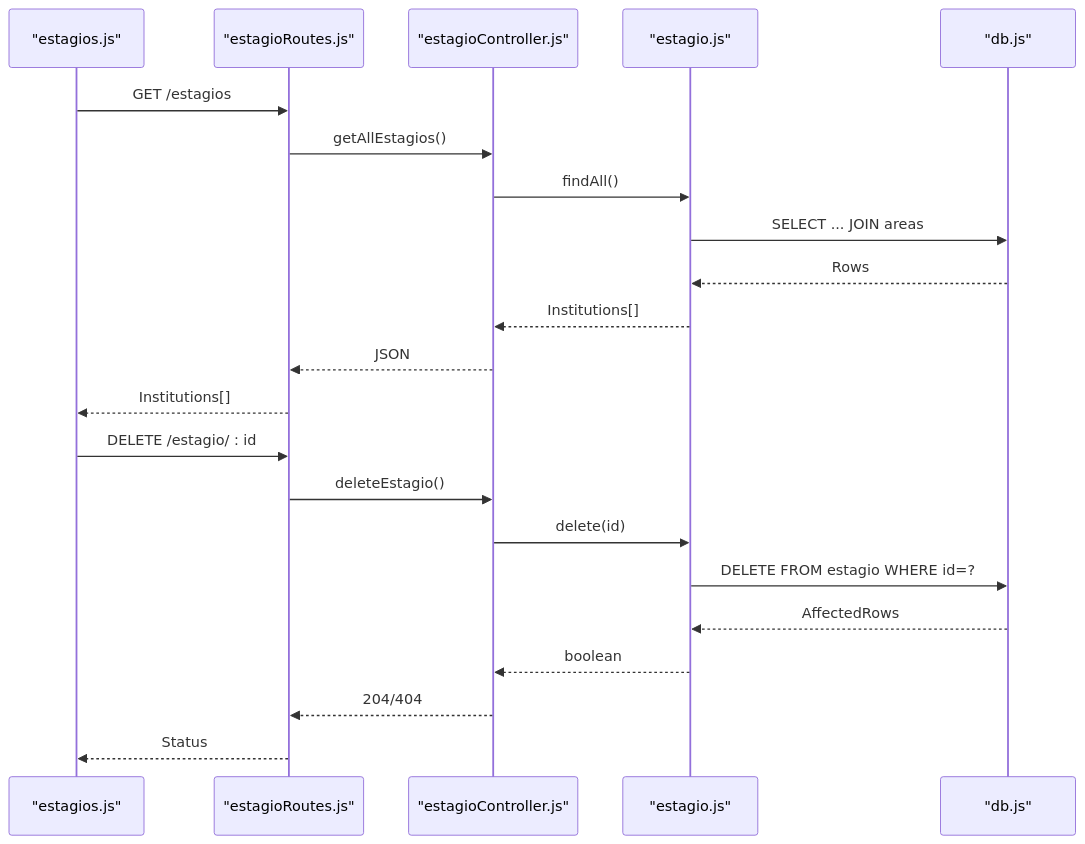
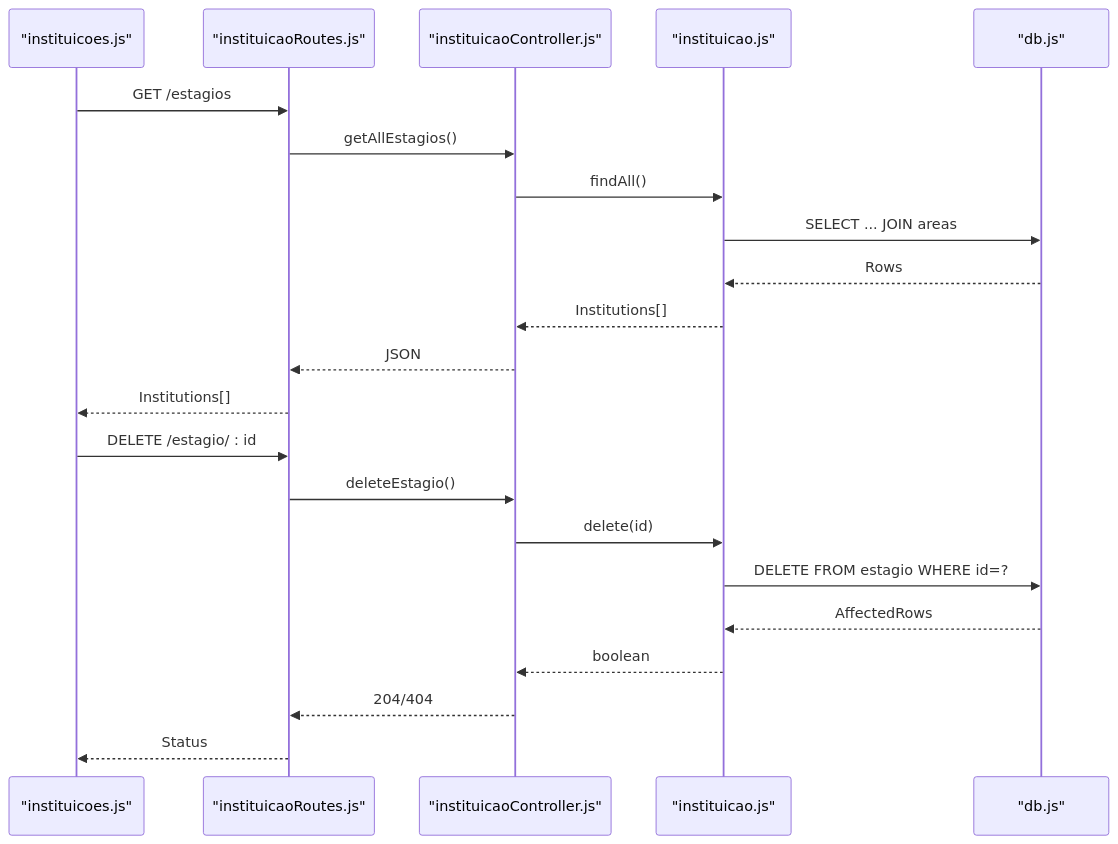
The third of 8 diagrams in .qoder/repowiki/en/content/Core Features Implementation/Internship Management.md (luiseduacosta/nodemural), drawn with Mermaid before and after one commit. The commit also changed other lines of this file and 25 other files, not shown here.

````diff
--- a/.qoder/repowiki/en/content/Core Features Implementation/Internship Management.md
+++ b/.qoder/repowiki/en/content/Core Features Implementation/Internship Management.md
@@ -191,24 +191,24 @@
 ```mermaid
 sequenceDiagram
-participant FE_List as "estagios.js"
-participant Router as "estagioRoutes.js"
-participant Ctrl as "estagioController.js"
-participant Model as "estagio.js"
+participant FE_List as "instituicoes.js"
+participant Router as "instituicaoRoutes.js"
+participant Ctrl as "instituicaoController.js"
+participant Model as "instituicao.js"
 participant DB as "db.js"
 FE_List->>Router : GET /estagios
 Router->>Ctrl : getAllEstagios()
 Ctrl->>Model : findAll()
 Model->>DB : SELECT ... JOIN areas
 DB-->>Model : Rows
 Model-->>Ctrl : Institutions[]
 Ctrl-->>Router : JSON
 Router-->>FE_List : Institutions[]
 FE_List->>Router : DELETE /estagio/ : id
 Router->>Ctrl : deleteEstagio()
 Ctrl->>Model : delete(id)
 Model->>DB : DELETE FROM estagio WHERE id=?
 DB-->>Model : AffectedRows
 Model-->>Ctrl : boolean
 Ctrl-->>Router : 204/404
 Router-->>FE_List : Status
 ```
````
